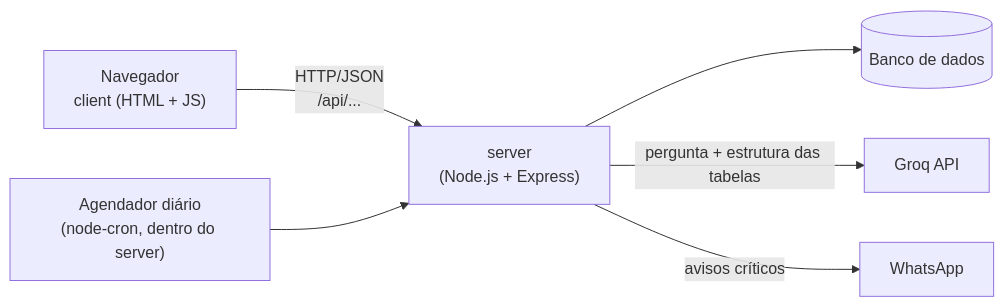
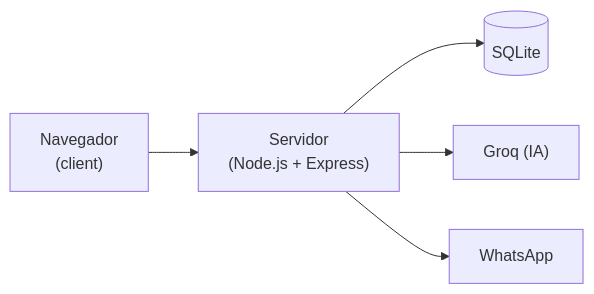
One commit to antoniossalomao/Dispatch_devcore changed the first of 2 diagrams in docs/planejamento.md. Above: the diagram before and after it, drawn with Mermaid. The commit also changed other lines of this file and 6 other files, not shown here.

First line of the commit message:
feat: initialize server with database setup and schema

````diff
--- a/docs/planejamento.md
+++ b/docs/planejamento.md
@@ -215,8 +156,7 @@
 ```mermaid
 flowchart LR
-    B["Navegador<br/>client (HTML + JS)"] -- "HTTP/JSON<br/>/api/..." --> S["server<br/>(Node.js + Express)"]
-    S --> DB[("Banco de dados")]
-    S -- "pergunta + estrutura das tabelas" --> G["Groq API"]
-    S -- "avisos críticos" --> W["WhatsApp"]
-    J["Agendador diário<br/>(node-cron, dentro do server)"] --> S
+    B["Navegador<br/>(client)"] --> S["Servidor<br/>(Node.js + Express)"]
+    S --> DB[("SQLite")]
+    S --> G["Groq (IA)"]
+    S --> W["WhatsApp"]
 ```
````
